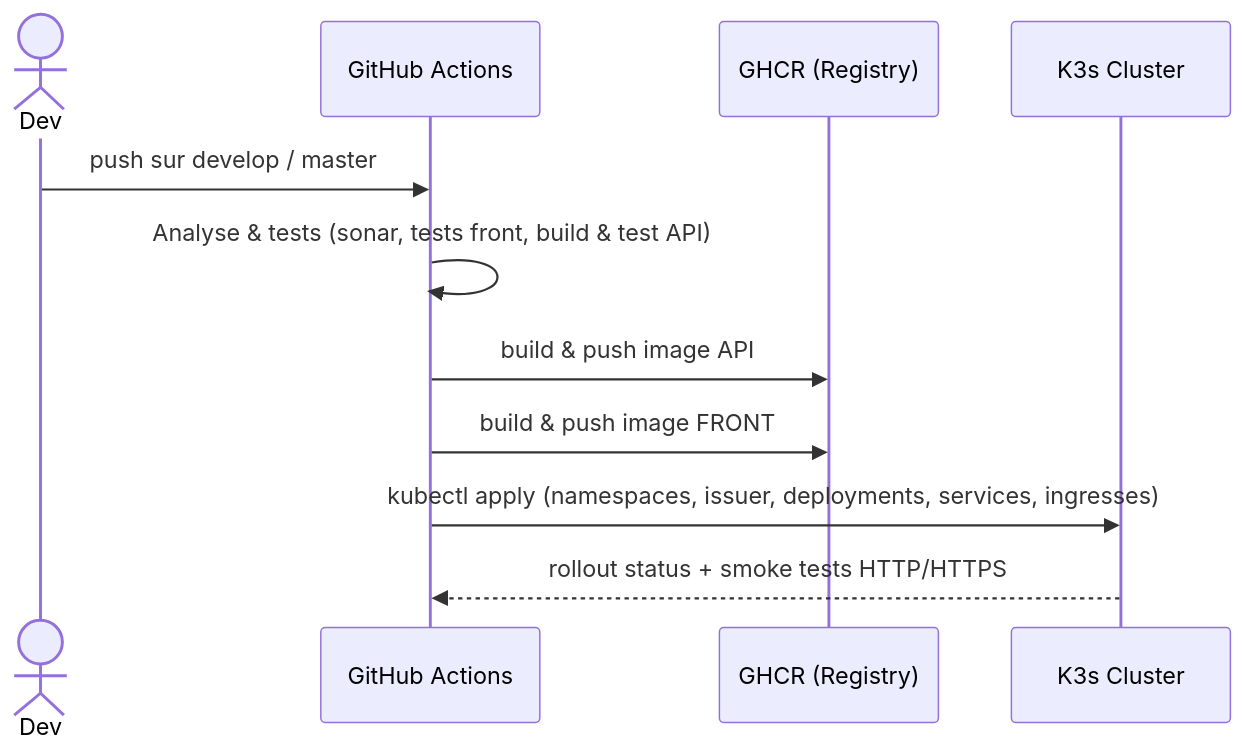
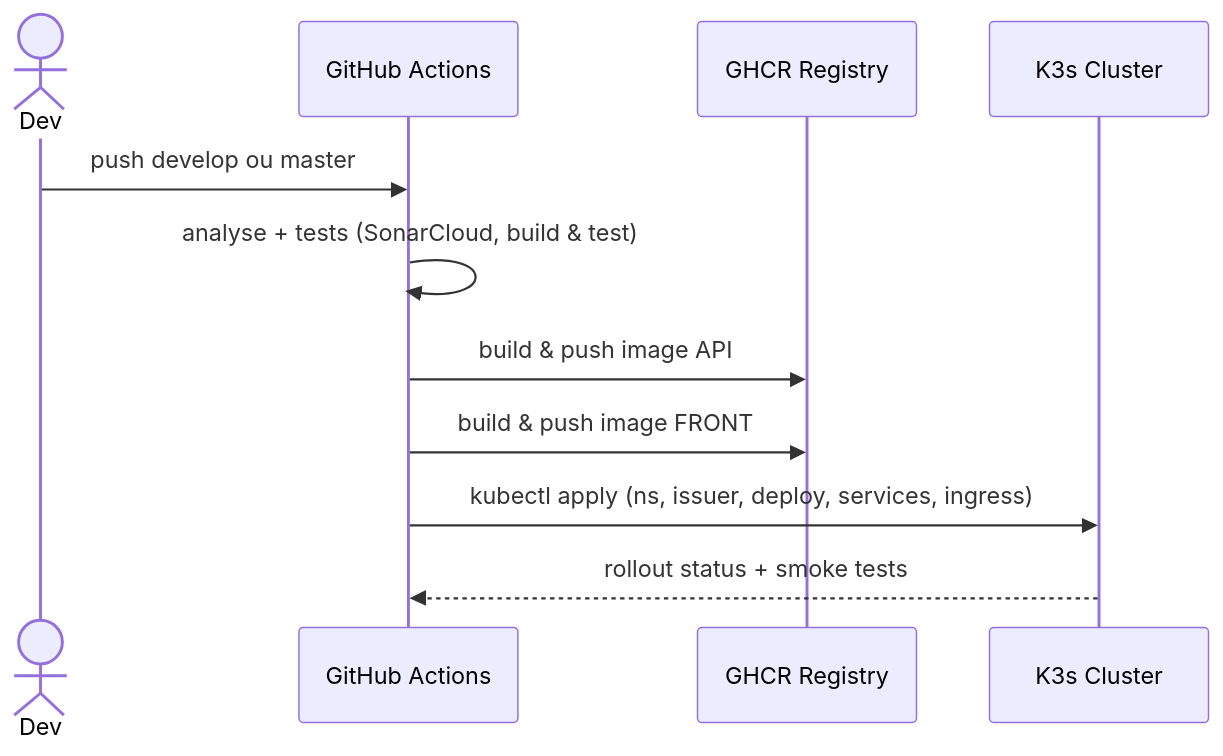
The second of 2 diagrams in Readme.md (RMurier/porty), drawn with Mermaid before and after one commit. The commit also changed other lines of this file, not shown here.

````diff
--- a/Readme.md
+++ b/Readme.md
@@ -66,14 +79,14 @@
 ```mermaid
 sequenceDiagram
   actor Dev
   participant GA as GitHub Actions
-  participant GHCR as GHCR (Registry)
+  participant GHCR as GHCR Registry
   participant K3s as K3s Cluster
 
-  Dev->>GA: push sur develop / master
-  GA->>GA: Analyse & tests (sonar, tests front, build & test API)
+  Dev->>GA: push develop ou master
+  GA->>GA: analyse + tests (SonarCloud, build & test)
   GA->>GHCR: build & push image API
   GA->>GHCR: build & push image FRONT
-  GA->>K3s: kubectl apply (namespaces, issuer, deployments, services, ingresses)
-  K3s-->>GA: rollout status + smoke tests HTTP/HTTPS
+  GA->>K3s: kubectl apply (ns, issuer, deploy, services, ingress)
+  K3s-->>GA: rollout status + smoke tests
 ```
````
